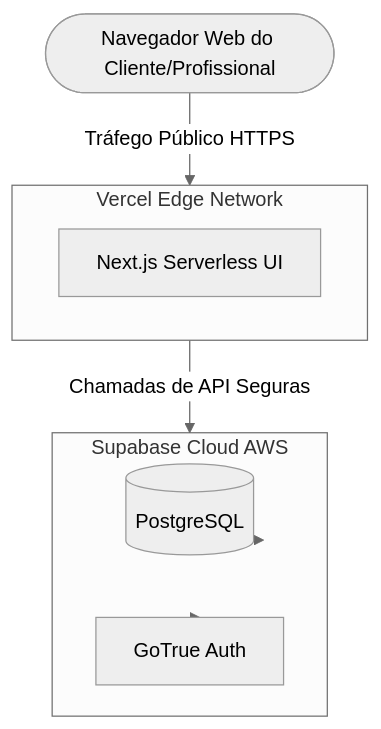
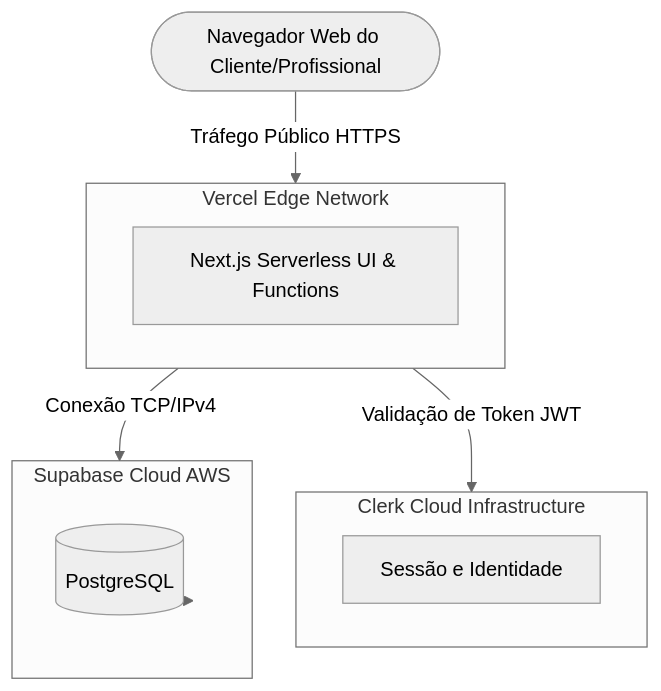
Before and after one commit to A-Mafioletti/Gerenciador-de-Agendamentos: the fifth of 5 diagrams in docs/c4_model.md, drawn with Mermaid (neutral theme). The commit also changed other lines of this file and 39 other files, not shown here.

````diff
--- a/docs/c4_model.md
+++ b/docs/c4_model.md
@@ -109,18 +130,21 @@
 ```mermaid
 flowchart TD
     Navegador([Navegador Web do Cliente/Profissional])
     
     subgraph CloudVercel [Vercel Edge Network]
-        NextApp[Next.js Serverless UI]
+        NextApp[Next.js Serverless UI & Functions]
+    end
+
+    subgraph CloudClerk [Clerk Cloud Infrastructure]
+        AuthSvc[Sessão e Identidade]
     end
     
     subgraph CloudSupabase [Supabase Cloud AWS]
         Postgres[(PostgreSQL)]
-        GoTrue[GoTrue Auth]
     end
 
     Navegador -->|Tráfego Público HTTPS| CloudVercel
-    CloudVercel -->|Chamadas de API Seguras| CloudSupabase
+    CloudVercel -->|Validação de Token JWT| CloudClerk
+    CloudVercel -->|Conexão TCP/IPv4| CloudSupabase
     CloudSupabase --> Postgres
-    CloudSupabase --> GoTrue
-```  
+```
````
